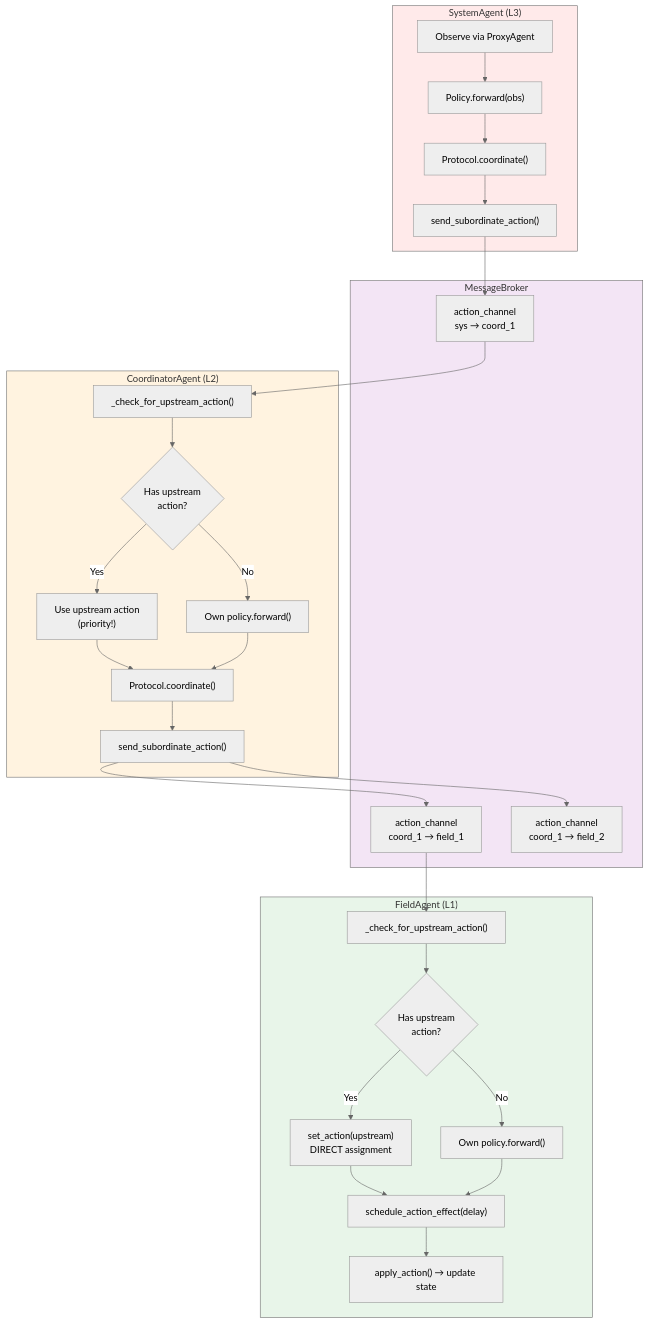
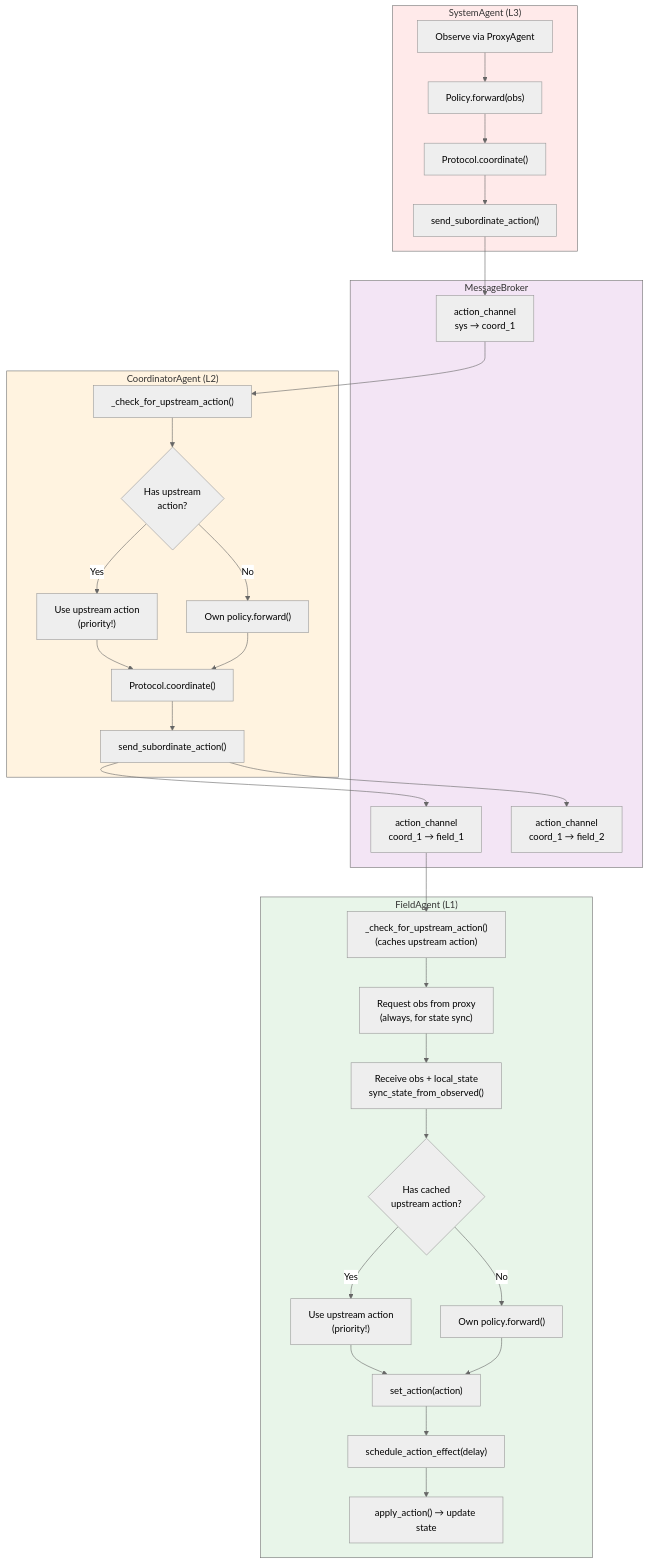
Before and after one commit to Criss-Wang/PowerGym: the sixth of 14 diagrams in docs/design/HERON_FLOW_DIAGRAMS.md, drawn with Mermaid (neutral theme). The commit also changed other lines of this file and 13 other files, not shown here.

````diff
--- a/docs/design/HERON_FLOW_DIAGRAMS.md
+++ b/docs/design/HERON_FLOW_DIAGRAMS.md
@@ -290,54 +303,57 @@
 ```mermaid
 flowchart TD
     subgraph SystemAgent["SystemAgent (L3)"]
         S_OBS["Observe via ProxyAgent"]
         S_POL["Policy.forward(obs)"]
         S_COORD["Protocol.coordinate()"]
         S_SEND["send_subordinate_action()"]
 
         S_OBS --> S_POL --> S_COORD --> S_SEND
     end
 
     subgraph Broker["MessageBroker"]
         ACH1["action_channel<br/>sys → coord_1"]
         ACH2["action_channel<br/>coord_1 → field_1"]
         ACH3["action_channel<br/>coord_1 → field_2"]
     end
 
     subgraph CoordinatorAgent["CoordinatorAgent (L2)"]
         C_CHECK["_check_for_upstream_action()"]
         C_DECIDE{Has upstream<br/>action?}
         C_USE["Use upstream action<br/>(priority!)"]
         C_OWN["Own policy.forward()"]
         C_COORD["Protocol.coordinate()"]
         C_SEND["send_subordinate_action()"]
 
         C_CHECK --> C_DECIDE
         C_DECIDE -->|Yes| C_USE --> C_COORD --> C_SEND
         C_DECIDE -->|No| C_OWN --> C_COORD
     end
 
     subgraph FieldAgent["FieldAgent (L1)"]
-        F_CHECK["_check_for_upstream_action()"]
-        F_DECIDE{Has upstream<br/>action?}
-        F_DIRECT["set_action(upstream)<br/>DIRECT assignment"]
+        F_CHECK["_check_for_upstream_action()<br/>(caches upstream action)"]
+        F_SYNC["Request obs from proxy<br/>(always, for state sync)"]
+        F_RECV["Receive obs + local_state<br/>sync_state_from_observed()"]
+        F_DECIDE{Has cached<br/>upstream action?}
+        F_USE["Use upstream action<br/>(priority!)"]
         F_OWN["Own policy.forward()"]
+        F_SET["set_action(action)"]
         F_EFFECT["schedule_action_effect(delay)"]
         F_APPLY["apply_action() → update state"]
 
-        F_CHECK --> F_DECIDE
-        F_DECIDE -->|Yes| F_DIRECT --> F_EFFECT --> F_APPLY
-        F_DECIDE -->|No| F_OWN --> F_EFFECT
+        F_CHECK --> F_SYNC --> F_RECV --> F_DECIDE
+        F_DECIDE -->|Yes| F_USE --> F_SET --> F_EFFECT --> F_APPLY
+        F_DECIDE -->|No| F_OWN --> F_SET
     end
 
     S_SEND --> ACH1
     ACH1 --> C_CHECK
     C_SEND --> ACH2
     C_SEND --> ACH3
     ACH2 --> F_CHECK
 
     style SystemAgent fill:#ffeaea
     style CoordinatorAgent fill:#fff3e0
     style FieldAgent fill:#e8f5e9
     style Broker fill:#f3e5f5
 ```
````
